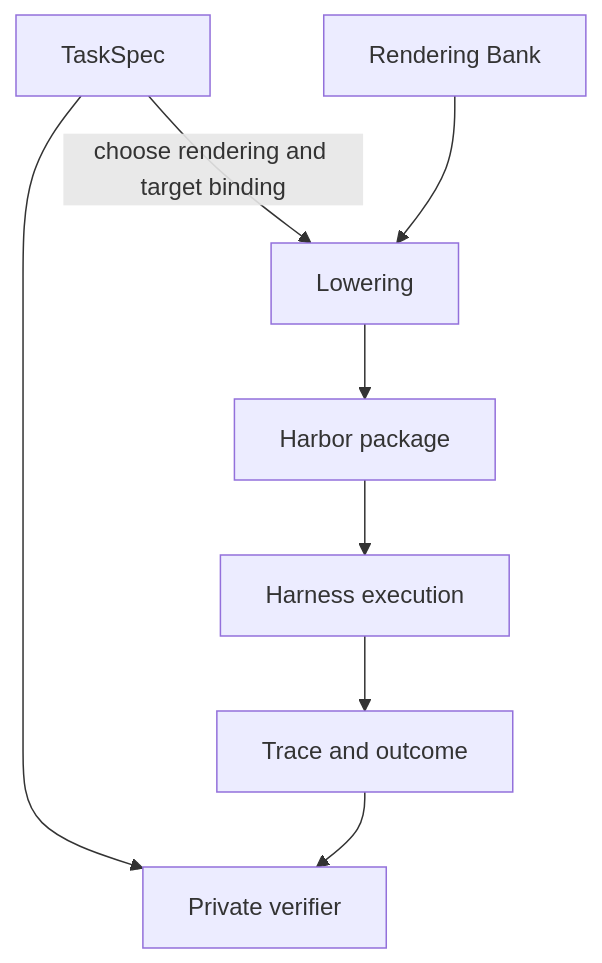
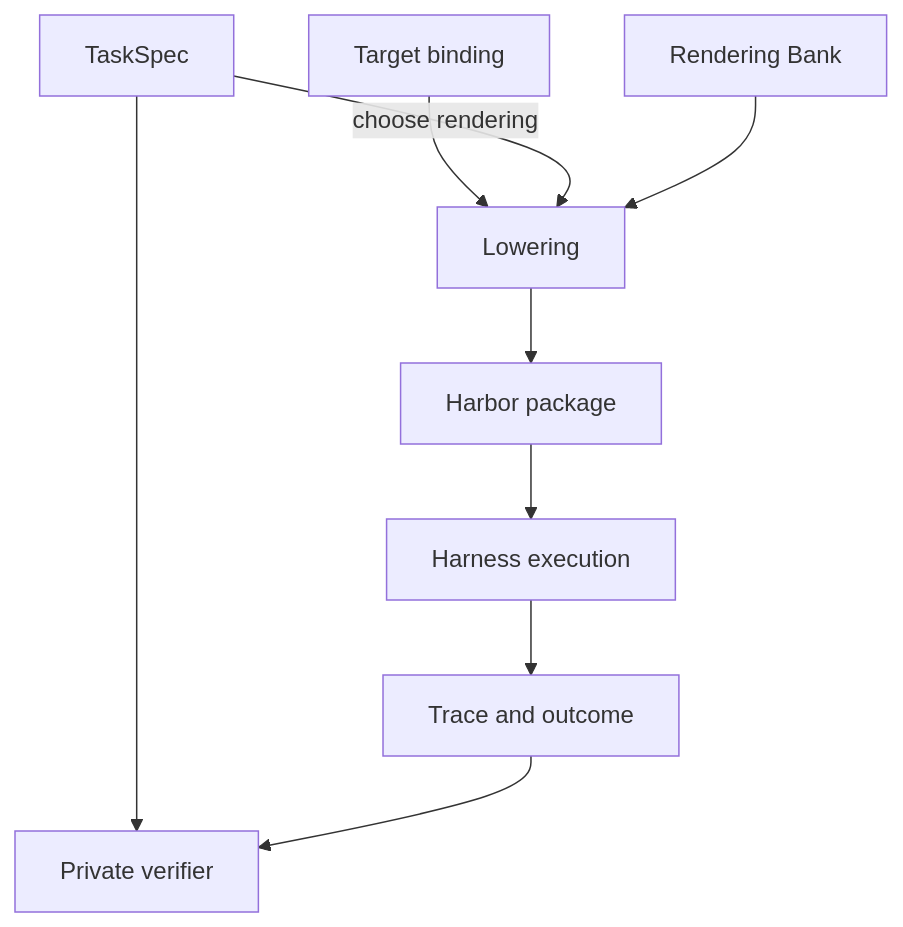
One commit to marin-community/marin changed the diagram in lib/taskcompendium/SPECIFICATION.md. Above: the diagram before and after it, drawn with Mermaid. The commit also changed other lines of this file, not shown here.

First line of the commit message:
Define TaskCompendium target bindings

````diff
--- a/lib/taskcompendium/SPECIFICATION.md
+++ b/lib/taskcompendium/SPECIFICATION.md
@@ -17,11 +17,12 @@
 ```mermaid
 flowchart TD
     S[TaskSpec]
-    S -->|choose rendering and target binding| L[Lowering]
+    TB[Target binding] --> L[Lowering]
+    S -->|choose rendering| L
     B[Rendering Bank] --> L
     L --> H[Harbor package]
     H --> X[Harness execution]
     X --> R[Trace and outcome]
     S --> V[Private verifier]
     R --> V
 ```
````
